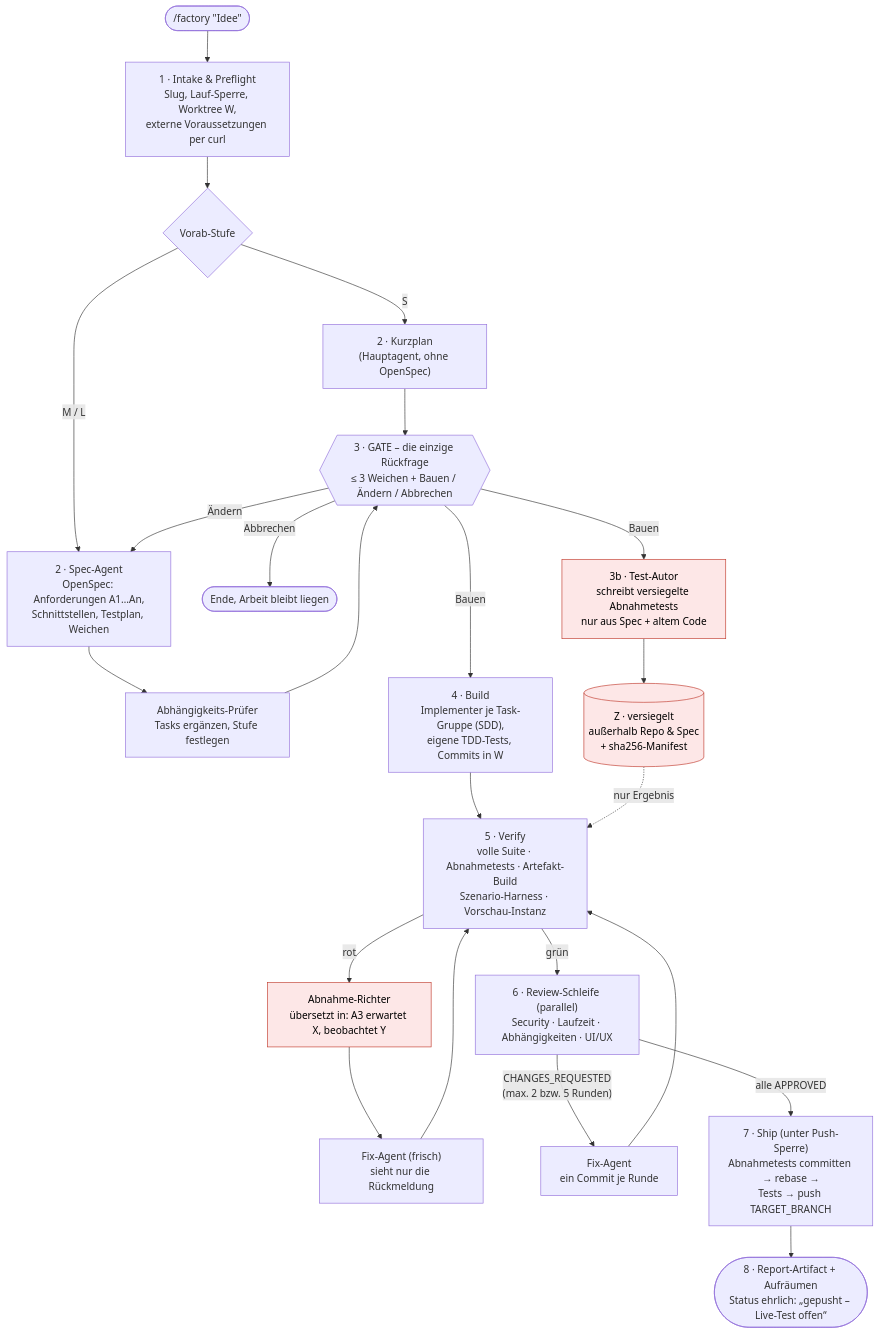
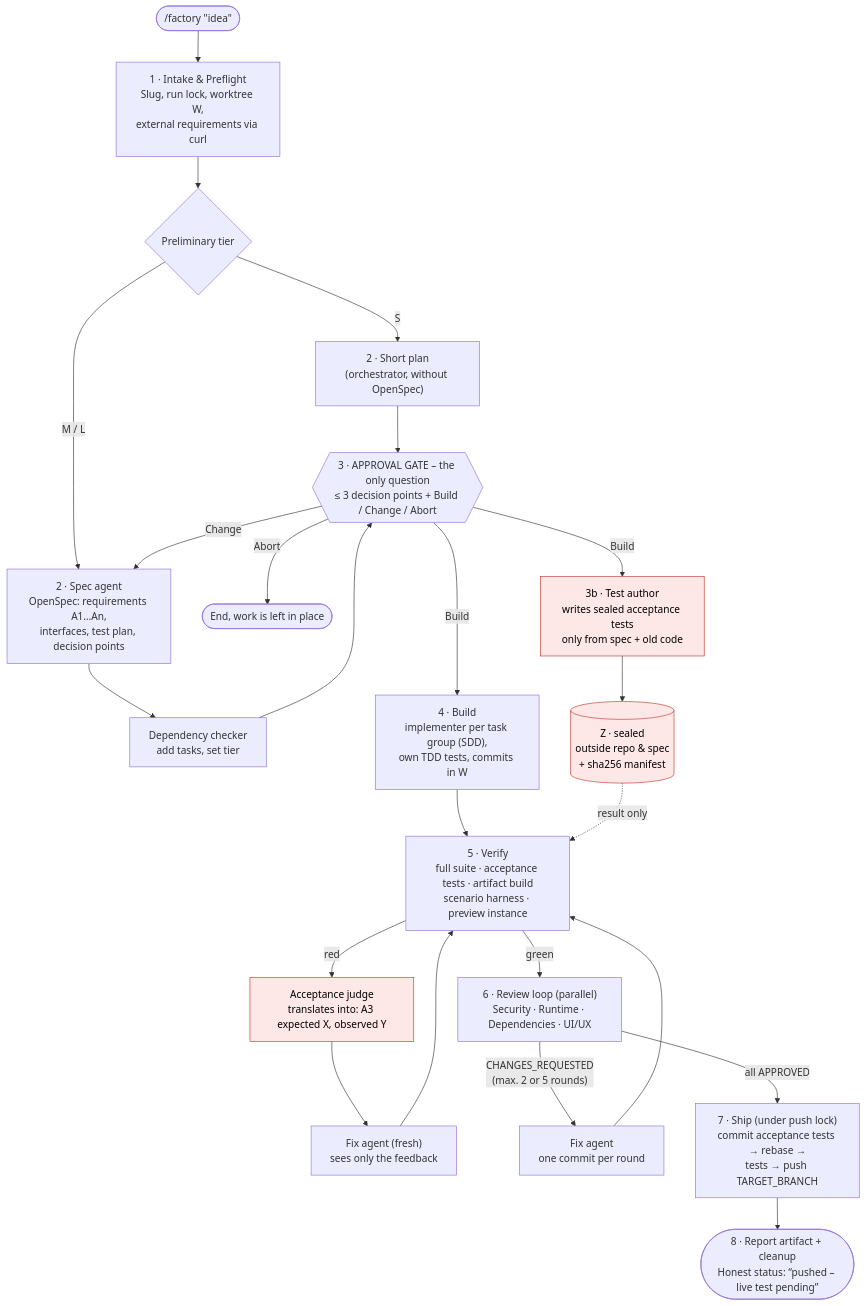
One commit to Sighte/factory-skill changed the first of 3 diagrams in README.md. Above: the diagram before and after it, drawn with Mermaid. The commit also changed other lines of this file and 5 other files, not shown here.

````diff
--- a/README.md
+++ b/README.md
@@ -10,31 +10,31 @@
 ```mermaid
 flowchart TD
-    idea(["/factory &quot;Idee&quot;"]) --> intake["1 · Intake & Preflight<br/>Slug, Lauf-Sperre, Worktree W,<br/>externe Voraussetzungen per curl"]
-    intake --> tier{"Vorab-Stufe"}
-    tier -- "S" --> plan["2 · Kurzplan<br/>(Hauptagent, ohne OpenSpec)"]
-    tier -- "M / L" --> spec["2 · Spec-Agent<br/>OpenSpec: Anforderungen A1…An,<br/>Schnittstellen, Testplan, Weichen"]
-    spec --> deps["Abhängigkeits-Prüfer<br/>Tasks ergänzen, Stufe festlegen"]
+    idea(["/factory &quot;idea&quot;"]) --> intake["1 · Intake & Preflight<br/>Slug, run lock, worktree W,<br/>external requirements via curl"]
+    intake --> tier{"Preliminary tier"}
+    tier -- "S" --> plan["2 · Short plan<br/>(orchestrator, without OpenSpec)"]
+    tier -- "M / L" --> spec["2 · Spec agent<br/>OpenSpec: requirements A1…An,<br/>interfaces, test plan, decision points"]
+    spec --> deps["Dependency checker<br/>add tasks, set tier"]
     plan --> gate
-    deps --> gate{{"3 · GATE – die einzige Rückfrage<br/>≤ 3 Weichen + Bauen / Ändern / Abbrechen"}}
-    gate -- "Ändern" --> spec
-    gate -- "Abbrechen" --> stop(["Ende, Arbeit bleibt liegen"])
-    gate -- "Bauen" --> author & build
+    deps --> gate{{"3 · APPROVAL GATE – the only question<br/>≤ 3 decision points + Build / Change / Abort"}}
+    gate -- "Change" --> spec
+    gate -- "Abort" --> stop(["End, work is left in place"])
+    gate -- "Build" --> author & build
 
-    author["3b · Test-Autor<br/>schreibt versiegelte Abnahmetests<br/>nur aus Spec + altem Code"]:::sealed --> Z[("Z · versiegelt<br/>außerhalb Repo & Spec<br/>+ sha256-Manifest")]:::sealed
-    build["4 · Build<br/>Implementer je Task-Gruppe (SDD),<br/>eigene TDD-Tests, Commits in W"] --> verify
+    author["3b · Test author<br/>writes sealed acceptance tests<br/>only from spec + old code"]:::sealed --> Z[("Z · sealed<br/>outside repo & spec<br/>+ sha256 manifest")]:::sealed
+    build["4 · Build<br/>implementer per task group (SDD),<br/>own TDD tests, commits in W"] --> verify
 
-    Z -.->|nur Ergebnis| verify
-    verify["5 · Verify<br/>volle Suite · Abnahmetests · Artefakt-Build<br/>Szenario-Harness · Vorschau-Instanz"]
-    verify -- "rot" --> judge["Abnahme-Richter<br/>übersetzt in: A3 erwartet X, beobachtet Y"]:::sealed
-    judge --> fixA["Fix-Agent (frisch)<br/>sieht nur die Rückmeldung"] --> verify
-    verify -- "grün" --> review
+    Z -.->|result only| verify
+    verify["5 · Verify<br/>full suite · acceptance tests · artifact build<br/>scenario harness · preview instance"]
+    verify -- "red" --> judge["Acceptance judge<br/>translates into: A3 expected X, observed Y"]:::sealed
+    judge --> fixA["Fix agent (fresh)<br/>sees only the feedback"] --> verify
+    verify -- "green" --> review
 
-    review["6 · Review-Schleife (parallel)<br/>Security · Laufzeit · Abhängigkeiten · UI/UX"]
-    review -- "CHANGES_REQUESTED<br/>(max. 2 bzw. 5 Runden)" --> fixR["Fix-Agent<br/>ein Commit je Runde"] --> verify
-    review -- "alle APPROVED" --> ship
+    review["6 · Review loop (parallel)<br/>Security · Runtime · Dependencies · UI/UX"]
+    review -- "CHANGES_REQUESTED<br/>(max. 2 or 5 rounds)" --> fixR["Fix agent<br/>one commit per round"] --> verify
+    review -- "all APPROVED" --> ship
 
-    ship["7 · Ship (unter Push-Sperre)<br/>Abnahmetests committen → rebase →<br/>Tests → push TARGET_BRANCH"] --> report
-    report(["8 · Report-Artifact + Aufräumen<br/>Status ehrlich: „gepusht – Live-Test offen“"])
+    ship["7 · Ship (under push lock)<br/>commit acceptance tests → rebase →<br/>tests → push TARGET_BRANCH"] --> report
+    report(["8 · Report artifact + cleanup<br/>Honest status: “pushed – live test pending”"])
 
     classDef sealed fill:#fde7e7,stroke:#c0392b,color:#000
 ```
````
